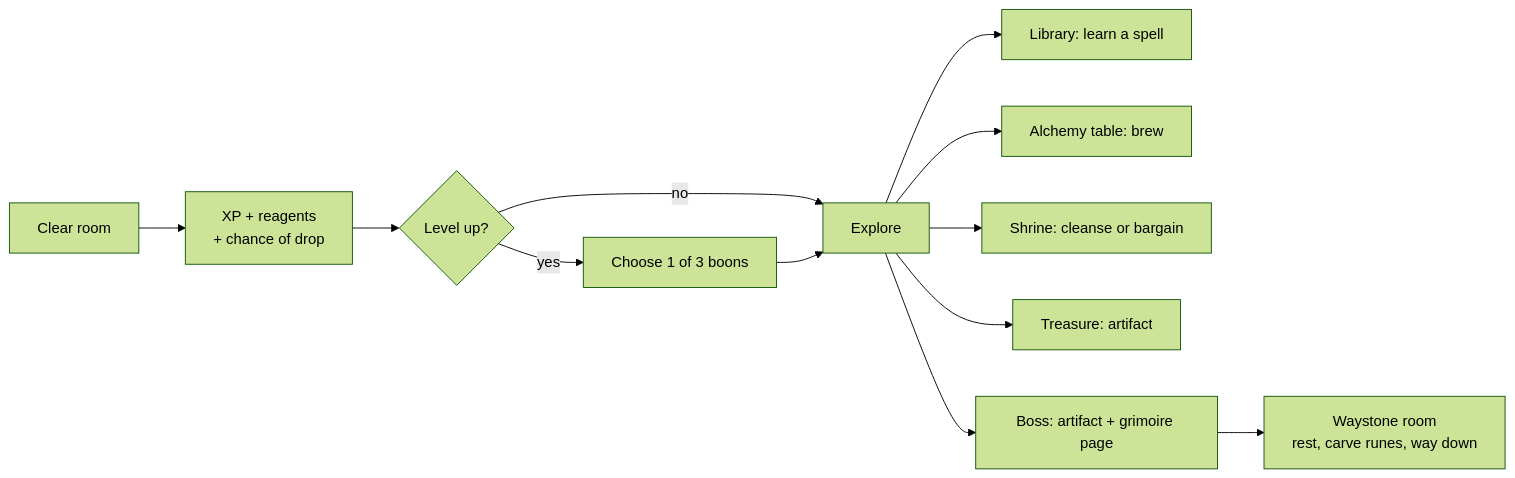
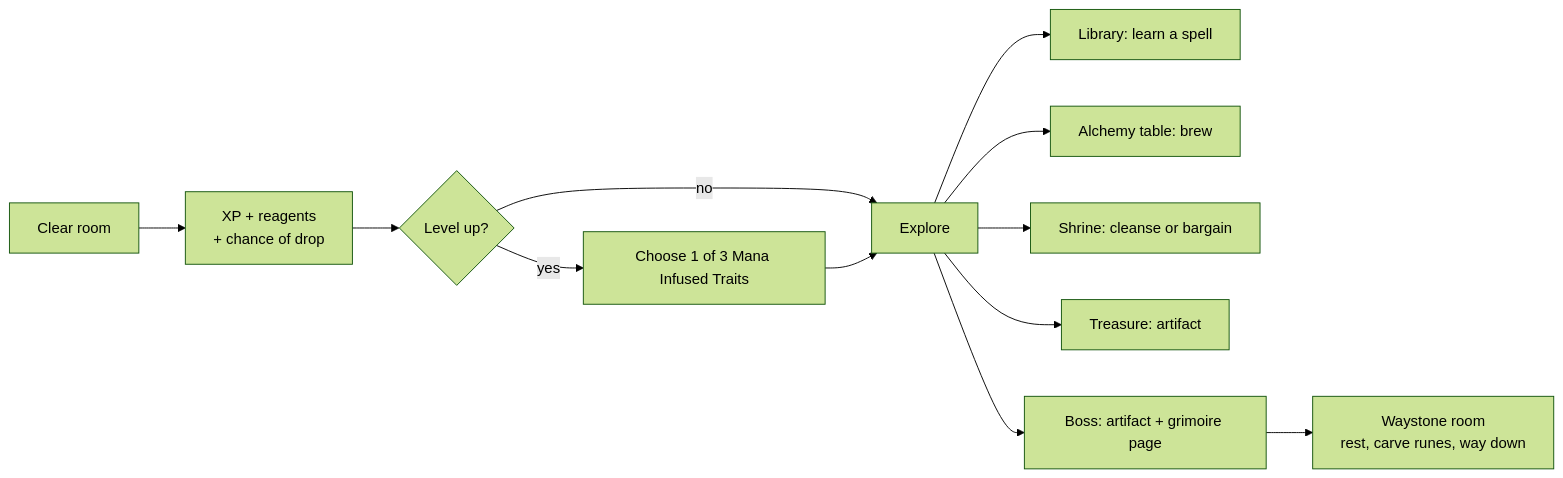
The second of 2 diagrams in docs/GDD.md (Asyrion/ossuary), drawn with Mermaid (forest theme) before and after one commit. The commit also changed other lines of this file and 6 other files, not shown here.

Commit message:
Boons are called Mana Infused Traits to the player (the code keeps its names): a surge of mana rises through the cards as they are dealt and the one taken flares, in held frames, skipped under reduced motion

````diff
--- a/docs/GDD.md
+++ b/docs/GDD.md
@@ -86,14 +86,14 @@
 ```mermaid
 flowchart LR
   A[Clear room] --> B[XP + reagents<br/>+ chance of drop]
   B --> C{Level up?}
-  C -- yes --> D[Choose 1 of 3 boons]
+  C -- yes --> D[Choose 1 of 3 Mana Infused Traits]
   C -- no --> E[Explore]
   D --> E
   E --> F[Library: learn a spell]
   E --> G[Alchemy table: brew]
   E --> H[Shrine: cleanse or bargain]
   E --> I[Treasure: artifact]
   E --> J[Boss: artifact + grimoire page]
   J --> K[Waystone room<br/>rest, carve runes, way down]
 ```
````
